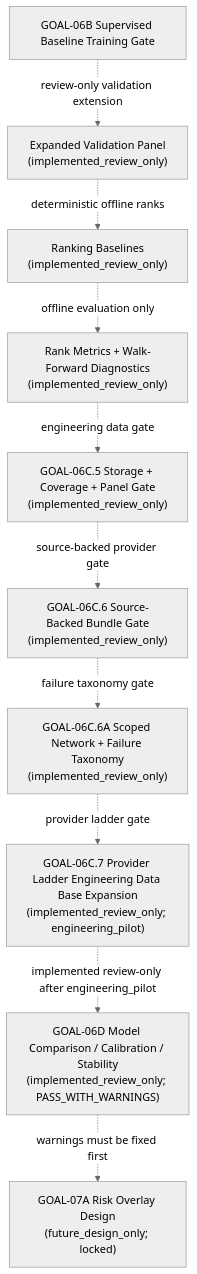
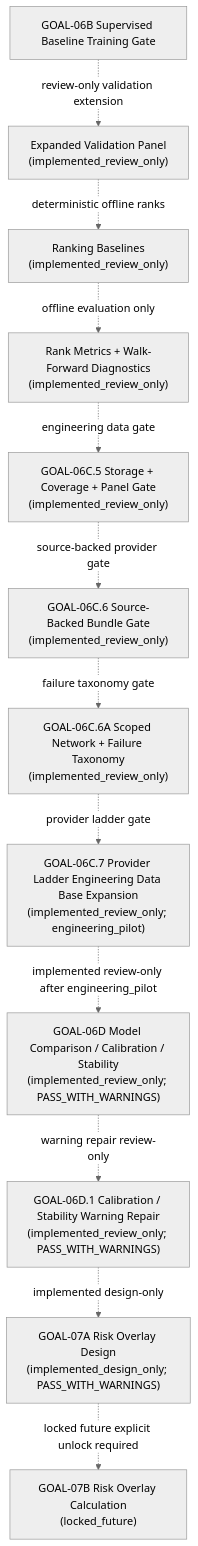
Before and after one commit to RyanLu0203/A_share_premarket_core: the second of 3 diagrams in docs/architecture/ACTIVE_WORKFLOW_THROUGH_GOAL06B.md, drawn with Mermaid (neutral theme). The commit also changed other lines of this file and 81 other files, not shown here.

Commit message:
Add GOAL-07A risk overlay design gate

````diff
--- a/docs/architecture/ACTIVE_WORKFLOW_THROUGH_GOAL06B.md
+++ b/docs/architecture/ACTIVE_WORKFLOW_THROUGH_GOAL06B.md
@@ -29,12 +29,14 @@
 ```mermaid
 flowchart TD
     A["GOAL-06B Supervised Baseline Training Gate"] -. "review-only validation extension" .-> B["Expanded Validation Panel<br/>(implemented_review_only)"]
     B -. "deterministic offline ranks" .-> C["Ranking Baselines<br/>(implemented_review_only)"]
     C -. "offline evaluation only" .-> D["Rank Metrics + Walk-Forward Diagnostics<br/>(implemented_review_only)"]
     D -. "engineering data gate" .-> E["GOAL-06C.5 Storage + Coverage + Panel Gate<br/>(implemented_review_only)"]
     E -. "source-backed provider gate" .-> F["GOAL-06C.6 Source-Backed Bundle Gate<br/>(implemented_review_only)"]
     F -. "failure taxonomy gate" .-> G["GOAL-06C.6A Scoped Network + Failure Taxonomy<br/>(implemented_review_only)"]
     G -. "provider ladder gate" .-> H["GOAL-06C.7 Provider Ladder Engineering Data Base Expansion<br/>(implemented_review_only; engineering_pilot)"]
     H -. "implemented review-only after engineering_pilot" .-> I["GOAL-06D Model Comparison / Calibration / Stability<br/>(implemented_review_only; PASS_WITH_WARNINGS)"]
-    I -. "warnings must be fixed first" .-> J["GOAL-07A Risk Overlay Design<br/>(future_design_only; locked)"]
+    I -. "warning repair review-only" .-> I2["GOAL-06D.1 Calibration / Stability Warning Repair<br/>(implemented_review_only; PASS_WITH_WARNINGS)"]
+    I2 -. "implemented design-only" .-> J["GOAL-07A Risk Overlay Design<br/>(implemented_design_only; PASS_WITH_WARNINGS)"]
+    J -. "locked future explicit unlock required" .-> K["GOAL-07B Risk Overlay Calculation<br/>(locked_future)"]
 ```
````
